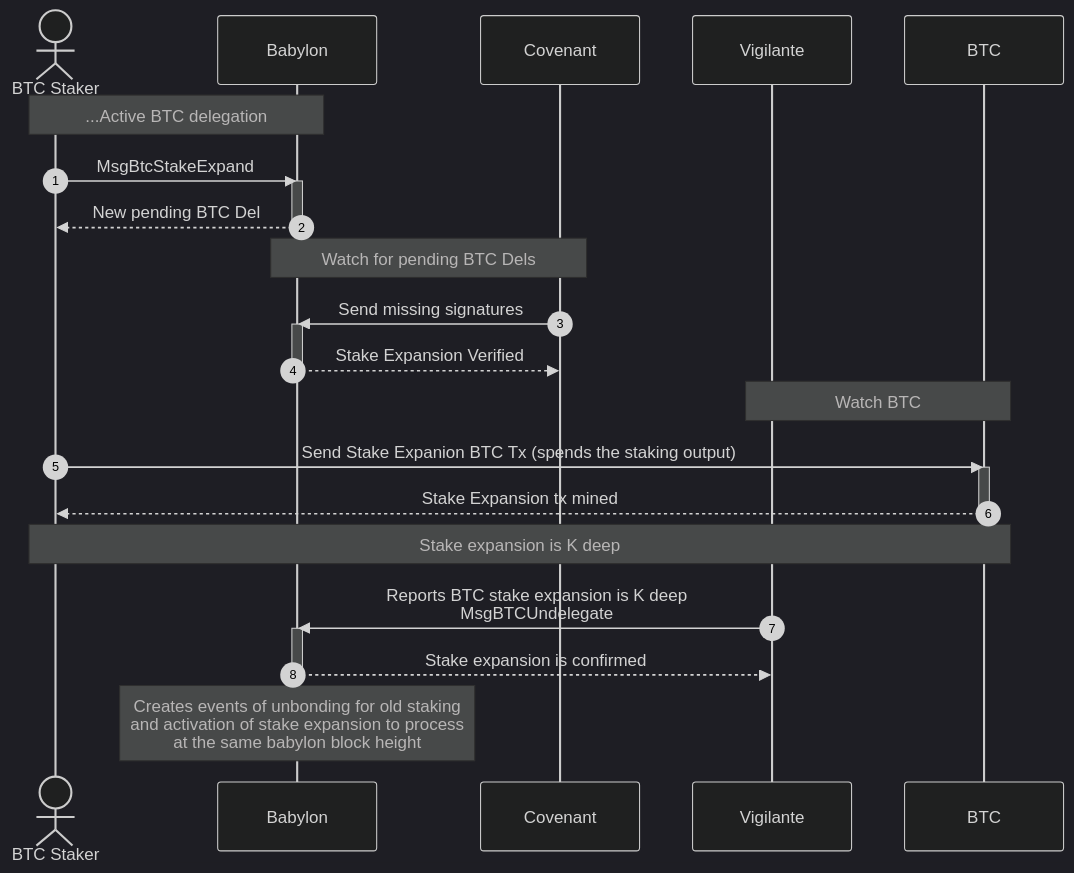
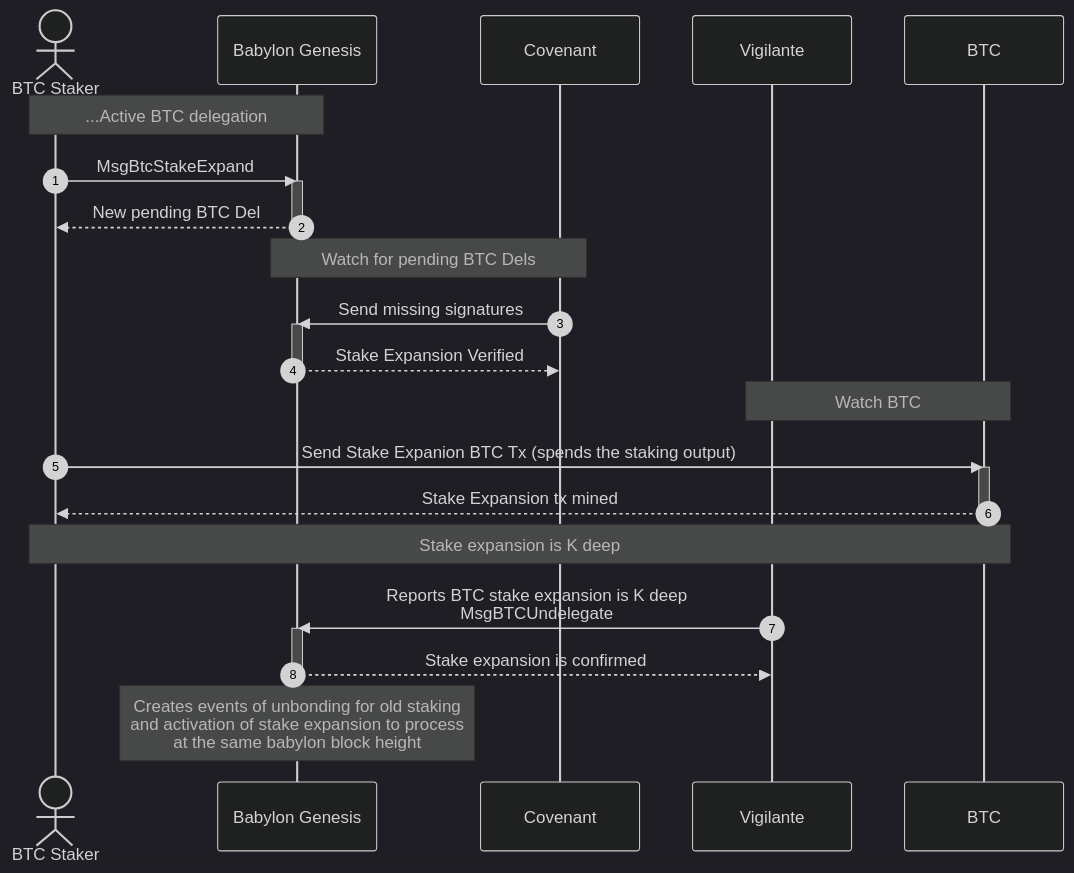
One commit to babylonlabs-io/babylon changed the second of 2 diagrams in docs/bitcoin-stake-expansion.md. Above: the diagram before and after it, drawn with Mermaid (dark theme). The commit also changed other lines of this file, not shown here.

````diff
--- a/docs/bitcoin-stake-expansion.md
+++ b/docs/bitcoin-stake-expansion.md
@@ -276,38 +289,38 @@
 ```mermaid
 sequenceDiagram
 actor btcstaker as BTC Staker
-participant babylon as Babylon
+participant babylon as Babylon Genesis
 participant covd as Covenant
 participant vigilante as Vigilante
 participant btc as BTC
 
 autonumber
 
 Note over btcstaker,babylon: ...Active BTC delegation
 btcstaker->>babylon: MsgBtcStakeExpand
 activate babylon
 babylon-->>btcstaker: New pending BTC Del
 deactivate babylon
 
 Note over covd,babylon: Watch for pending BTC Dels
 
 covd->>babylon: Send missing signatures
 activate babylon
 babylon-->>covd: Stake Expansion Verified
 deactivate babylon
 
 Note over vigilante,btc: Watch BTC
 
 btcstaker->>btc: Send Stake Expanion BTC Tx (spends the staking output)
 activate btc
 btc-->>btcstaker: Stake Expansion tx mined
 deactivate btc
 
 
 Note over btcstaker, btc: Stake expansion is K deep
 vigilante->>babylon: Reports BTC stake expansion is K deep<br>MsgBTCUndelegate
 activate babylon
 babylon-->>vigilante: Stake expansion is confirmed
 deactivate babylon
 Note over babylon: Creates events of unbonding for old staking<br>and activation of stake expansion to process<br>at the same babylon block height
 ```
````
